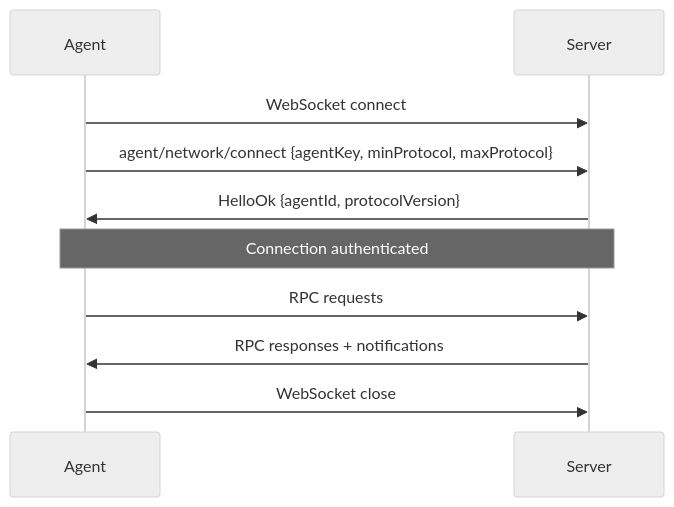
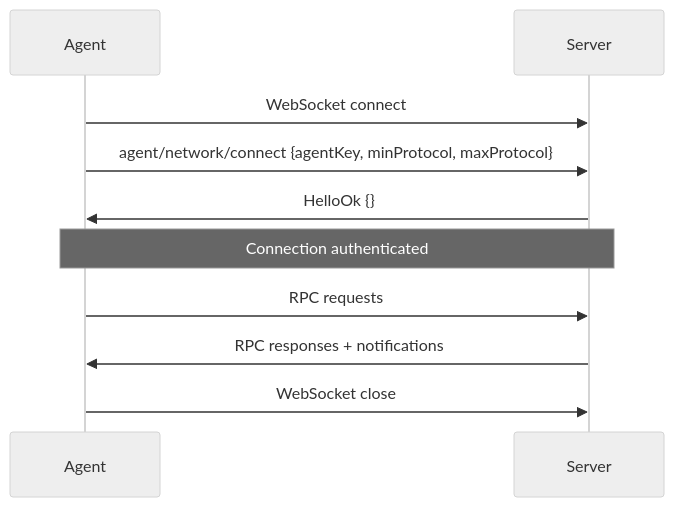
One commit to chughtapan/moltzap changed the diagram in docs/protocol/transport.mdx. Above: the diagram before and after it, drawn with Mermaid (neutral theme). The commit also changed other lines of this file and 38 other files, not shown here.

````diff
--- a/docs/protocol/transport.mdx
+++ b/docs/protocol/transport.mdx
@@ -12,13 +12,13 @@
 ```mermaid
 sequenceDiagram
     participant Agent
     participant Server
 
     Agent->>Server: WebSocket connect
     Agent->>Server: agent/network/connect {agentKey, minProtocol, maxProtocol}
-    Server->>Agent: HelloOk {agentId, protocolVersion}
+    Server->>Agent: HelloOk {}
     Note over Agent,Server: Connection authenticated
     Agent->>Server: RPC requests
     Server->>Agent: RPC responses + notifications
     Agent->>Server: WebSocket close
 ```
````
